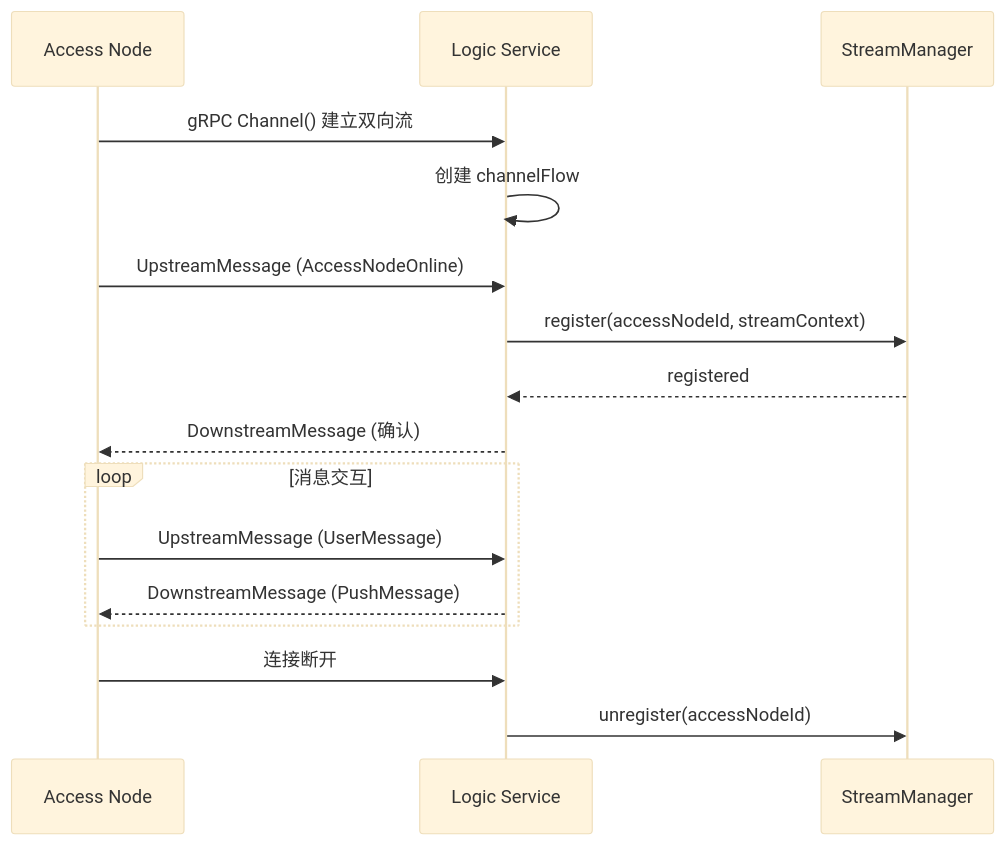
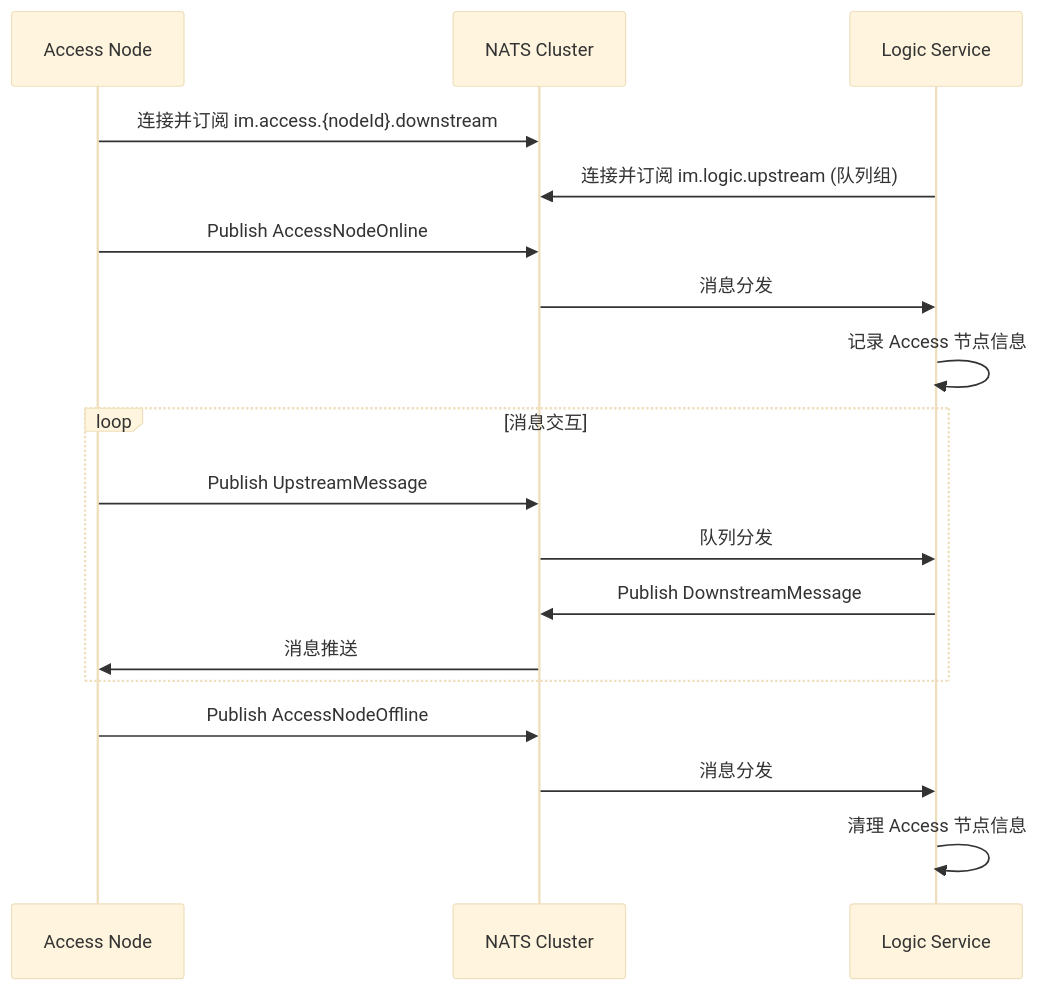
One commit to zhwillwintheworld/im-go changed the fifth of 8 diagrams in docs/logic-layer-architecture.md. Above: the diagram before and after it, drawn with Mermaid (base theme). The commit also changed other lines of this file and 45 other files, not shown here.

Commit message:
feat: Implement initial instant messaging system with web client, Kotlin logic, and Go access layer.antigravityrules已生效, v4

````diff
--- a/docs/logic-layer-architecture.md
+++ b/docs/logic-layer-architecture.md
@@ -688,21 +520,23 @@
 ```mermaid
 sequenceDiagram
     participant A as Access Node
+    participant NATS as NATS Cluster
     participant L as Logic Service
-    participant SM as StreamManager
 
-    A->>L: gRPC Channel() 建立双向流
-    L->>L: 创建 channelFlow
-    A->>L: UpstreamMessage (AccessNodeOnline)
-    L->>SM: register(accessNodeId, streamContext)
-    SM-->>L: registered
-    L-->>A: DownstreamMessage (确认)
+    A->>NATS: 连接并订阅 im.access.{nodeId}.downstream
+    L->>NATS: 连接并订阅 im.logic.upstream (队列组)
+    A->>NATS: Publish AccessNodeOnline
+    NATS->>L: 消息分发
+    L->>L: 记录 Access 节点信息
 
     loop 消息交互
-        A->>L: UpstreamMessage (UserMessage)
-        L-->>A: DownstreamMessage (PushMessage)
+        A->>NATS: Publish UpstreamMessage
+        NATS->>L: 队列分发
+        L->>NATS: Publish DownstreamMessage
+        NATS->>A: 消息推送
     end
 
-    A->>L: 连接断开
-    L->>SM: unregister(accessNodeId)
+    A->>NATS: Publish AccessNodeOffline
+    NATS->>L: 消息分发
+    L->>L: 清理 Access 节点信息
 ```
````
